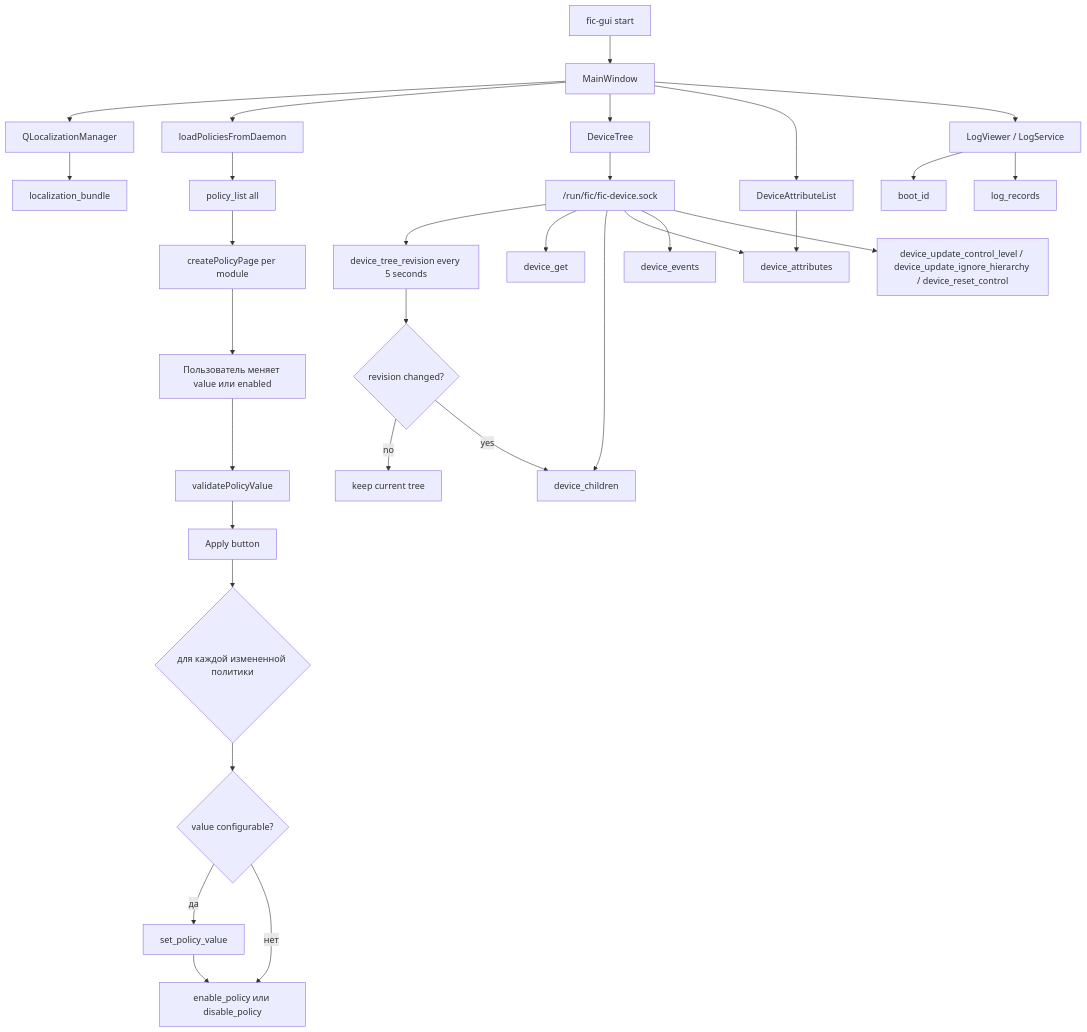
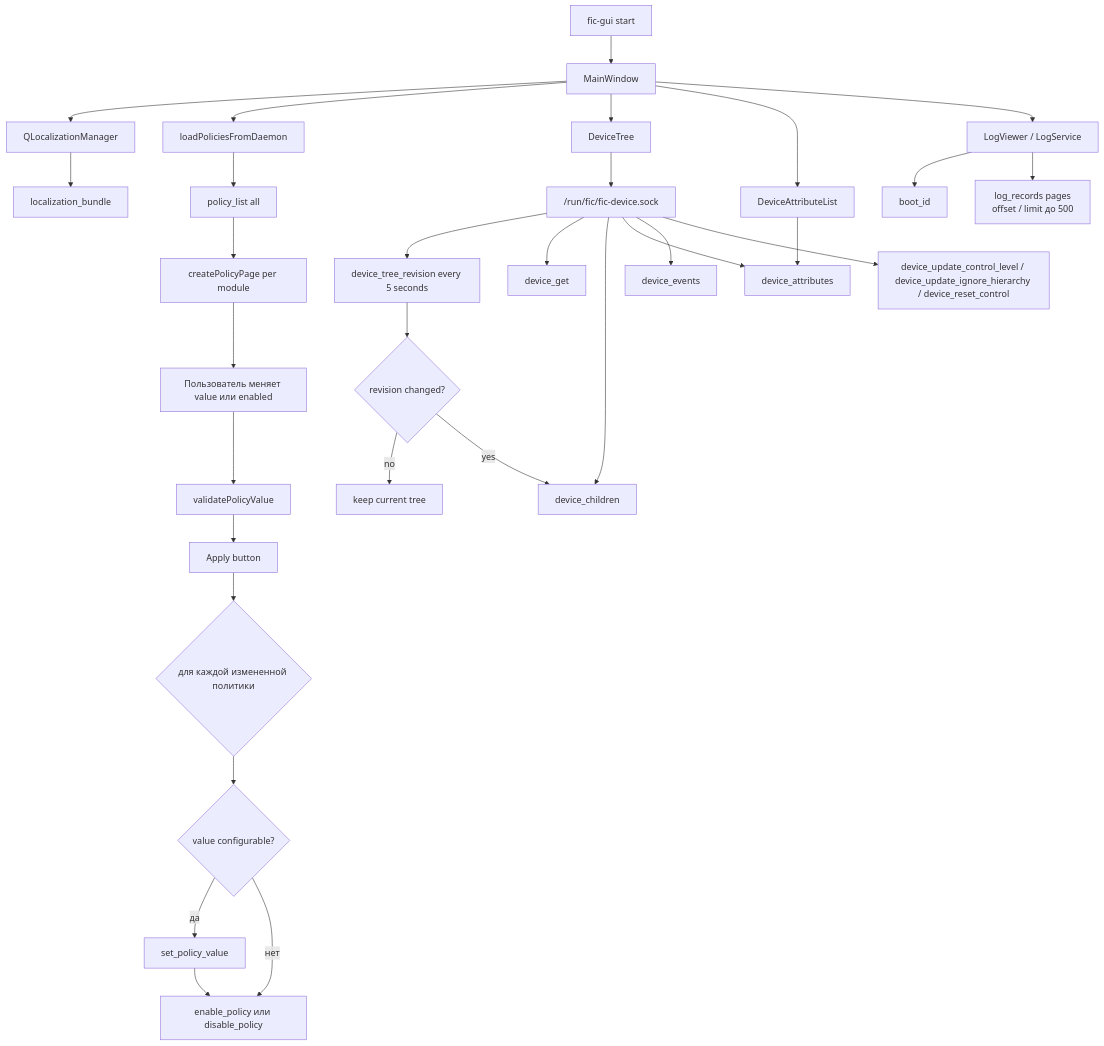
Diagram 15 of 17 in docs/architecture-diagrams.md (RevoltStar/FIC), drawn with Mermaid before and after one commit. The commit also changed other lines of this file and 20 other files, not shown here.

Commit message:
Административный IPC fic и fic-dick переведён на AF_UNIX/SOCK_SEQPACKET; log_records получил пагинацию и защиту boot_id от path traversal.

````diff
--- a/docs/architecture-diagrams.md
+++ b/docs/architecture-diagrams.md
@@ -591,39 +595,39 @@
 ```mermaid
 flowchart TD
     start[fic-gui start] --> mainWindow[MainWindow]
     mainWindow --> localization[QLocalizationManager]
     localization --> ipcLoc[localization_bundle]
 
     mainWindow --> policyLoad[loadPoliciesFromDaemon]
     policyLoad --> ipcPolicies[policy_list all]
     ipcPolicies --> policyPages[createPolicyPage per module]
 
     policyPages --> edit[Пользователь меняет value или enabled]
     edit --> validateGui[validatePolicyValue]
     validateGui --> apply[Apply button]
     apply --> setLoop{для каждой измененной политики}
     setLoop --> setIfNeeded{value configurable?}
     setIfNeeded -->|да| setValue[set_policy_value]
     setIfNeeded -->|нет| state
     setValue --> state[enable_policy или disable_policy]
 
     mainWindow --> deviceTree[DeviceTree]
     deviceTree --> deviceSock["/run/fic/fic-device.sock"]
     deviceSock --> devRevision[device_tree_revision every 5 seconds]
     deviceSock --> devGet[device_get]
     deviceSock --> devChildren[device_children]
     deviceSock --> devAttrs[device_attributes]
     deviceSock --> devEvents[device_events]
     deviceSock --> devControl[device_update_control_level / device_update_ignore_hierarchy / device_reset_control]
 
     devRevision --> changed{revision changed?}
     changed -->|no| keepTree[keep current tree]
     changed -->|yes| devChildren
 
     mainWindow --> attrList[DeviceAttributeList]
     attrList --> devAttrs
 
     mainWindow --> logViewer[LogViewer / LogService]
     logViewer --> boot[boot_id]
-    logViewer --> records[log_records]
+    logViewer --> records[log_records pages<br/>offset / limit до 500]
 ```
````
